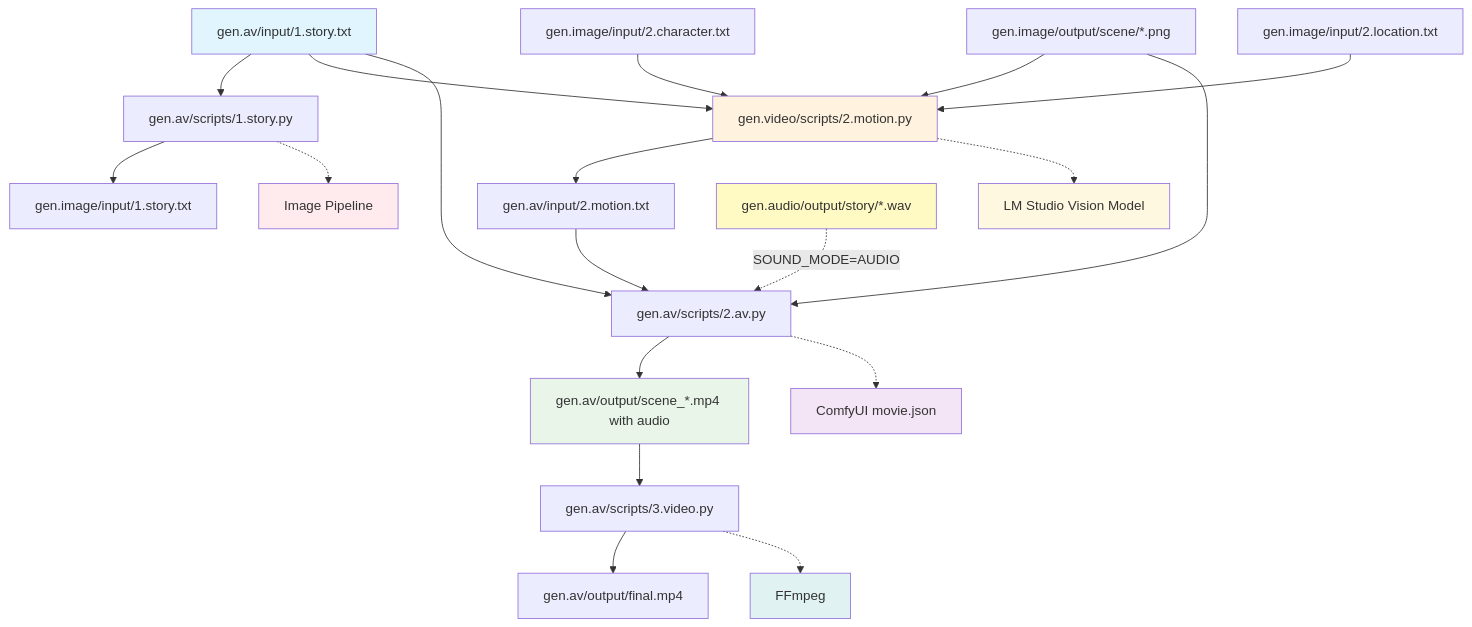
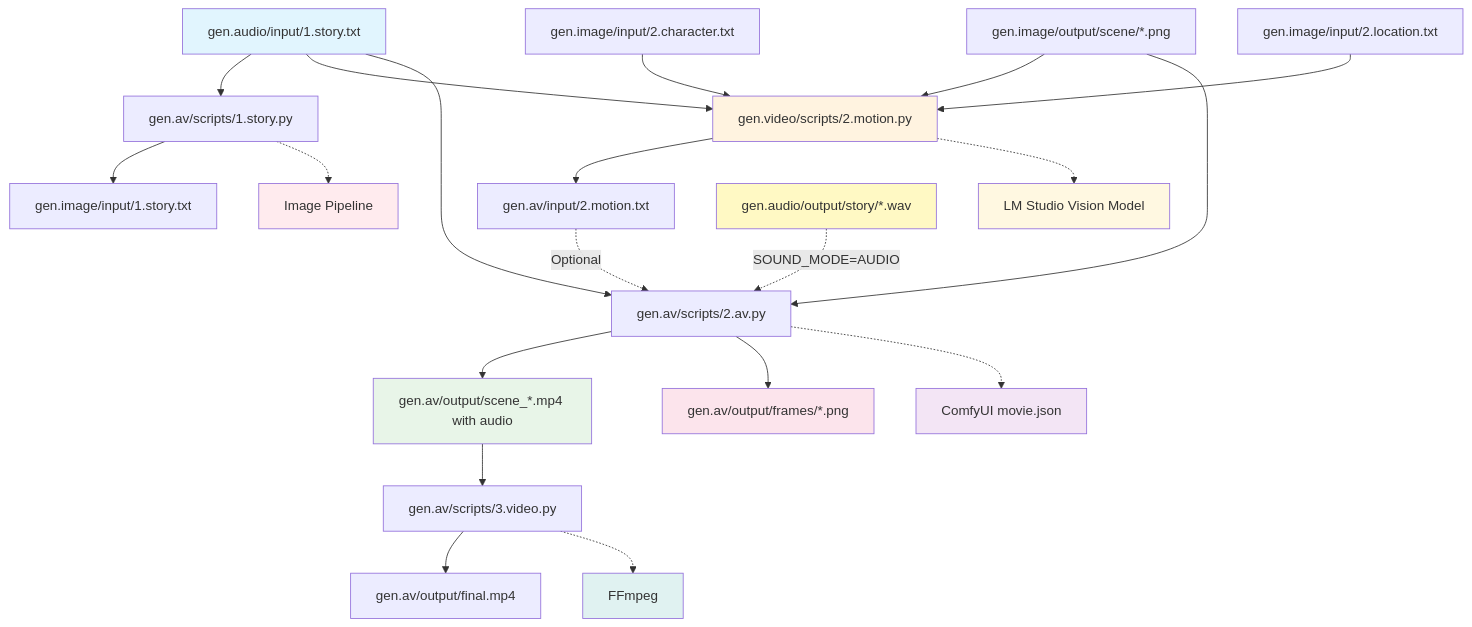
The fourth of 4 diagrams in README.md (prskid1000/AI-Content-Pipelines), drawn with Mermaid before and after one commit. The commit also changed other lines of this file and 3 other files, not shown here.

````diff
--- a/README.md
+++ b/README.md
@@ -1214,33 +1223,35 @@
 ```mermaid
 graph TD
-    A[gen.av/input/1.story.txt] --> B[gen.av/scripts/1.story.py]
+    A[gen.audio/input/1.story.txt] --> B[gen.av/scripts/1.story.py]
     B --> C[gen.image/input/1.story.txt]
     B -.-> D[Image Pipeline]
     
     A --> E[gen.video/scripts/2.motion.py]
     F[gen.image/output/scene/*.png] --> E
     L[gen.image/input/2.character.txt] --> E
     K[gen.image/input/2.location.txt] --> E
     E --> G[gen.av/input/2.motion.txt]
     E -.-> H[LM Studio Vision Model]
     
     A --> I[gen.av/scripts/2.av.py]
     F --> I
-    G --> I
+    G -.->|Optional| I
     Q[gen.audio/output/story/*.wav] -.->|SOUND_MODE=AUDIO| I
     I --> L2[gen.av/output/scene_*.mp4 with audio]
+    I --> F2[gen.av/output/frames/*.png]
     I -.-> M[ComfyUI movie.json]
     
     L2 --> N[gen.av/scripts/3.video.py]
     N --> O[gen.av/output/final.mp4]
     N -.-> P[FFmpeg]
     
     style A fill:#e1f5fe
     style H fill:#fff8e1
     style M fill:#f3e5f5
     style P fill:#e0f2f1
     style D fill:#ffebee
     style L2 fill:#e8f5e8
     style E fill:#fff3e0
     style Q fill:#fff9c4
+    style F2 fill:#fce4ec
 ```
````
